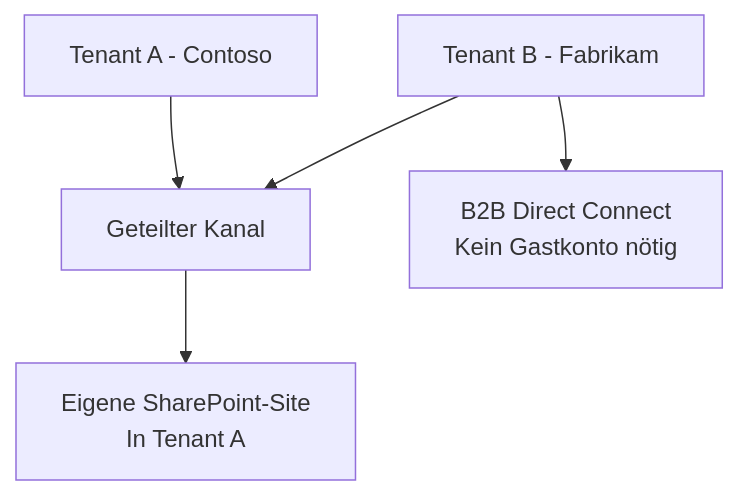
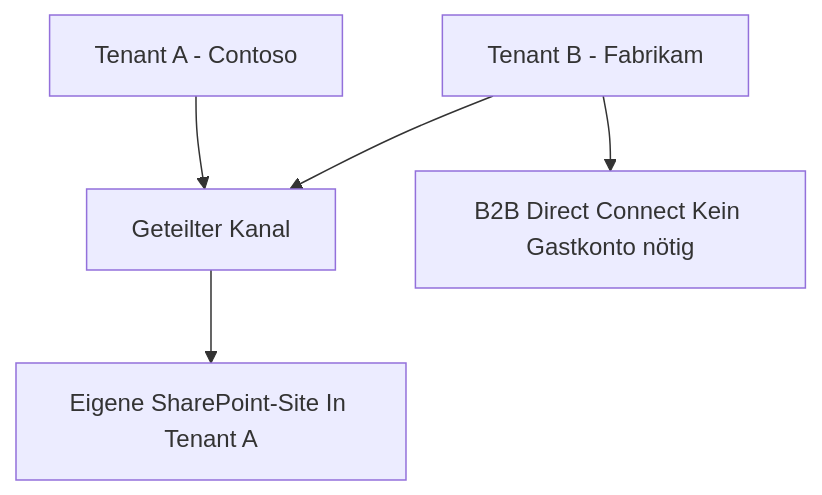
The second of 3 diagrams in Microsoft 365/Teams/Teams und Kanäle verwalten.md (SoniiiT/notes-n-docs), drawn with Mermaid before and after one commit. The commit also changed other lines of this file and 124 other files, not shown here.

First line of the commit message:
fix: Entferne \n aus allen Mermaid-Diagrammen (125 Dateien)

````diff
--- a/Microsoft 365/Teams/Teams und Kanäle verwalten.md
+++ b/Microsoft 365/Teams/Teams und Kanäle verwalten.md
@@ -130,7 +130,7 @@
 ```mermaid
 graph TD
     ORG1[Tenant A - Contoso] --> SC2[Geteilter Kanal]
     ORG2[Tenant B - Fabrikam] --> SC2
-    SC2 --> SPO3[Eigene SharePoint-Site\nIn Tenant A]
-    ORG2 --> B2B[B2B Direct Connect\nKein Gastkonto nötig]
+    SC2 --> SPO3[Eigene SharePoint-Site In Tenant A]
+    ORG2 --> B2B[B2B Direct Connect Kein Gastkonto nötig]
 ```
````
